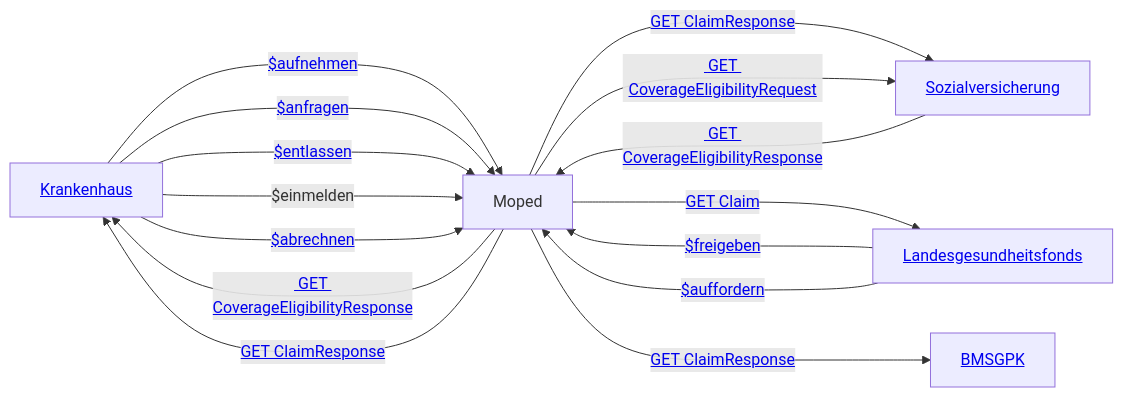
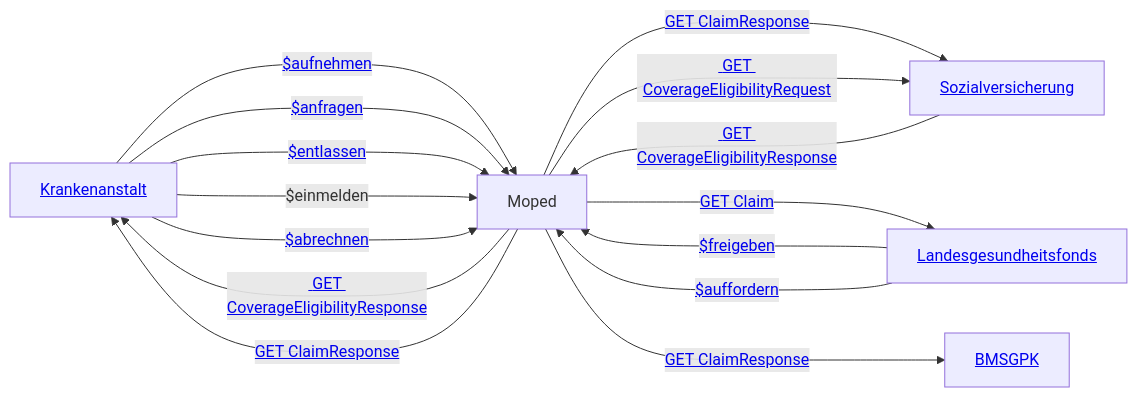
Before and after one commit to HL7Austria/ELGA-MOPED-R5: the first of 5 diagrams in input/pagecontent/actors.md, drawn with Mermaid. The commit also changed other lines of this file, not shown here.

```diff
--- a/input/pagecontent/actors.md
+++ b/input/pagecontent/actors.md
@@ -6,26 +7,26 @@
-<pre class="mermaid">
+<div class="mermaid">
     graph LR
-    KH[<a href="#actor-KH">Krankenhaus</a>]
+    KH[<a href="#actor-KH">Krankenanstalt</a>]
     SV[<a href="#actor-SV">Sozialversicherung</a>]
     BMSGPK[<a href="#actor-BMSGPK">BMSGPK</a>]
     LGF[<a href="#actor-LGF">Landesgesundheitsfonds</a>]
     Moped[Moped] 
 
     KH --->|<a href="OperationDefinition-MOPED.Patient.Aufnehmen.html"> $aufnehmen</a>| Moped 
     KH -->|<a href="OperationDefinition-MOPED.CoverageEligibilityRequest.Anfragen.html"> $anfragen</a>| Moped
     KH -->|<a href="OperationDefinition-MOPED.Encounter.erfassen.html"> $entlassen</a>| Moped 
     KH -->|$einmelden| Moped
     KH -->|<a href="OperationDefinition-MOPED.Encounter.Abrechnen.html"> $abrechnen</a>| Moped
     Moped -->|<a href="StructureDefinition-MOPEDCoverageEligibilityResponse.html"> GET CoverageEligibilityResponse</a>| KH
     Moped --->|<a href="StructureDefinition-MOPEDClaimResponse.html"> GET ClaimResponse</a>| KH
 
     Moped --->|<a href="StructureDefinition-MOPEDClaimResponse.html"> GET ClaimResponse</a>| SV
     Moped --->|<a href="StructureDefinition-MOPEDCoverageEligibilityRequest.html"> GET CoverageEligibilityRequest</a>| SV
     SV --->|<a href="StructureDefinition-MOPEDCoverageEligibilityResponse.html"> GET CoverageEligibilityResponse</a>| Moped
 
     Moped --->|<a href="StructureDefinition-MOPEDClaim.html"> GET Claim</a>| LGF
     LGF --->|<a href="OperationDefinition-MOPED.ClaimResponse.Freigeben.html"> $freigeben</a>| Moped
     LGF --->|<a href="OperationDefinition-MOPED.ClaimResponse.Auffordern.html"> $auffordern</a>| Moped
 
     Moped --->|<a href="StructureDefinition-MOPEDClaimResponse.html"> GET ClaimResponse</a>| BMSGPK 
-</pre>  
+</div>  
```
